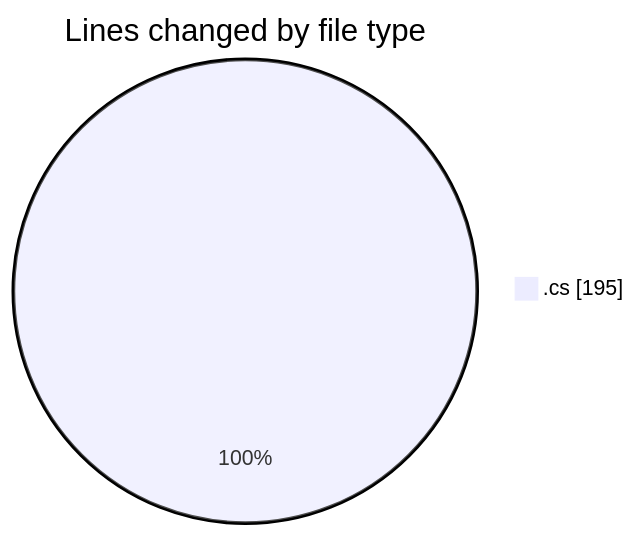
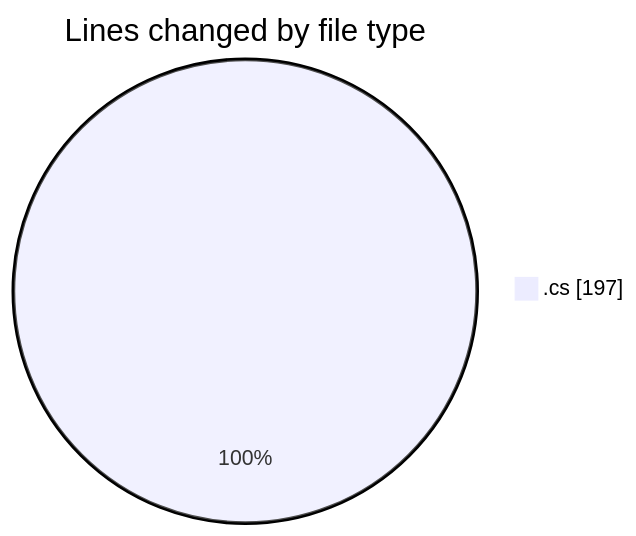
The first of 2 diagrams in 2025-04-25/assets/README.md (charlie-sans/code-tracking), drawn with Mermaid before and after one commit. The commit also changed other lines of this file and 1 other file, not shown here.

````diff
--- a/2025-04-25/assets/README.md
+++ b/2025-04-25/assets/README.md
@@ -20,5 +20,5 @@
 ```mermaid
 pie showData
 title Lines changed by file type
-".cs" : 195
+".cs" : 197
 ```
````
